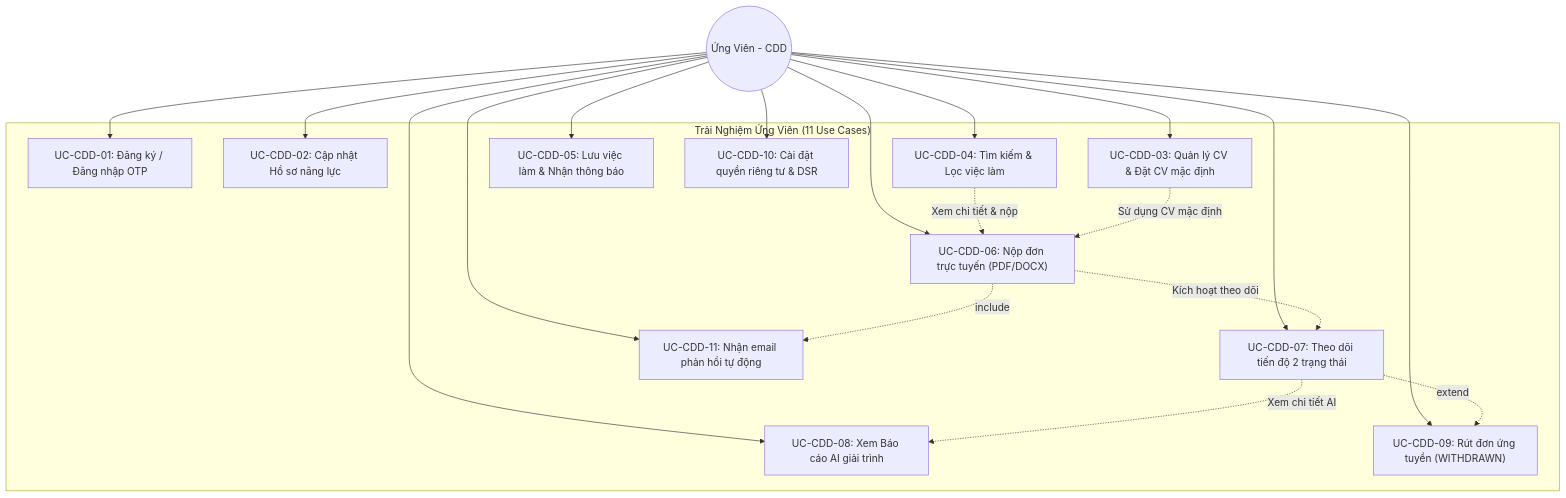
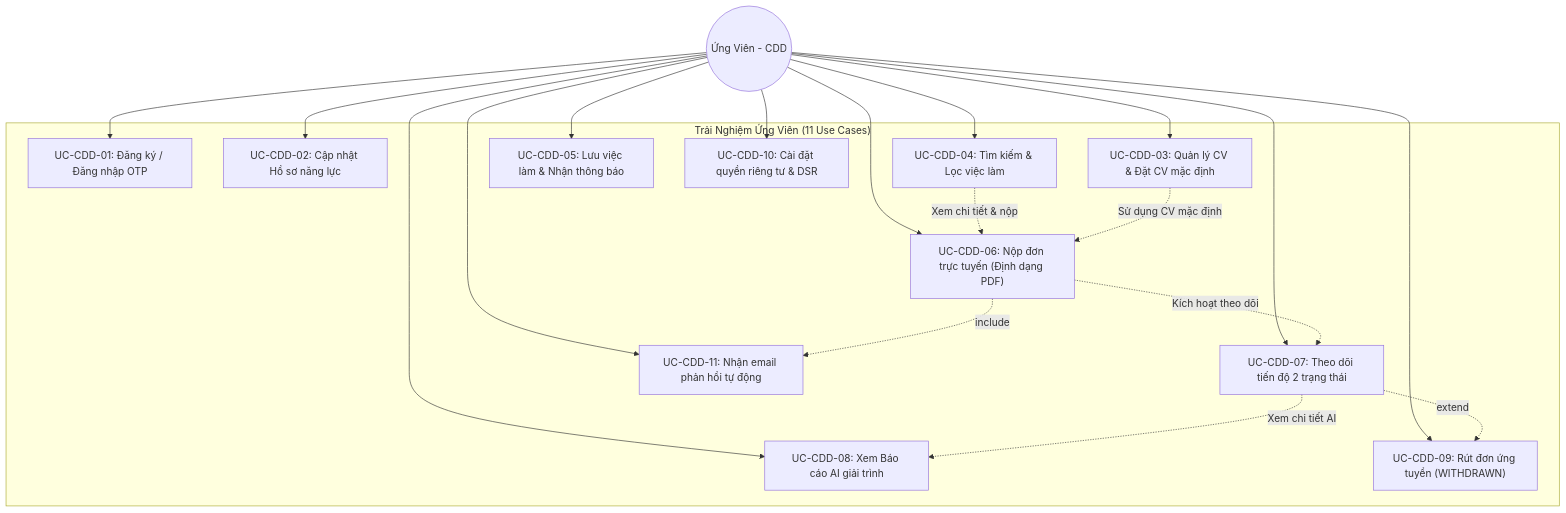
Before and after one commit to NguyenThanhTin235/aws-ai-cv-screening: the first of 3 diagrams in docs/software/02-use-cases.md, drawn with Mermaid. The commit also changed other lines of this file and 34 other files, not shown here.

Commit message:
docs(day-29): add Bedrock prompt specification, standardize PDF-only architecture and update proposal

````diff
--- a/docs/software/02-use-cases.md
+++ b/docs/software/02-use-cases.md
@@ -88,37 +88,37 @@
 ```mermaid
 graph TB
     Candidate((Ứng Viên - CDD))
 
     subgraph CDD_Group["Trải Nghiệm Ứng Viên (11 Use Cases)"]
         UC01["UC-CDD-01: Đăng ký / Đăng nhập OTP"]
         UC02["UC-CDD-02: Cập nhật Hồ sơ năng lực"]
         UC03["UC-CDD-03: Quản lý CV & Đặt CV mặc định"]
         UC04["UC-CDD-04: Tìm kiếm & Lọc việc làm"]
         UC05["UC-CDD-05: Lưu việc làm & Nhận thông báo"]
-        UC06["UC-CDD-06: Nộp đơn trực tuyến (PDF/DOCX)"]
+        UC06["UC-CDD-06: Nộp đơn trực tuyến (Định dạng PDF)"]
         UC07["UC-CDD-07: Theo dõi tiến độ 2 trạng thái"]
         UC08["UC-CDD-08: Xem Báo cáo AI giải trình"]
         UC09["UC-CDD-09: Rút đơn ứng tuyển (WITHDRAWN)"]
         UC10["UC-CDD-10: Cài đặt quyền riêng tư & DSR"]
         UC11["UC-CDD-11: Nhận email phản hồi tự động"]
     end
 
     Candidate --> UC01
     Candidate --> UC02
     Candidate --> UC03
     Candidate --> UC04
     Candidate --> UC05
     Candidate --> UC06
     Candidate --> UC07
     Candidate --> UC08
     Candidate --> UC09
     Candidate --> UC10
     Candidate --> UC11
 
     UC04 -.->|Xem chi tiết & nộp| UC06
     UC03 -.->|Sử dụng CV mặc định| UC06
     UC06 -.->|Kích hoạt theo dõi| UC07
     UC07 -.->|Xem chi tiết AI| UC08
     UC07 -.->|extend| UC09
     UC06 -.->|include| UC11
 ```
````
